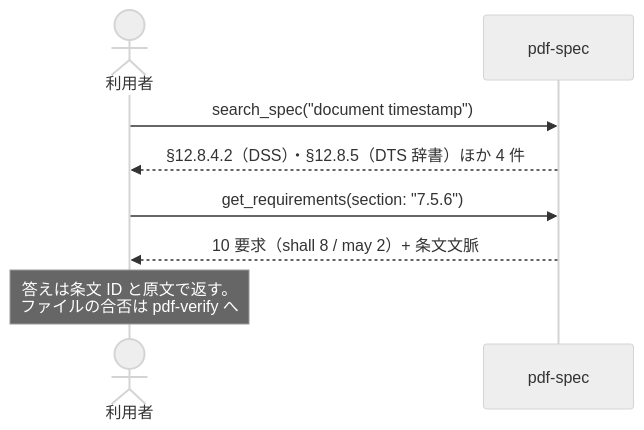
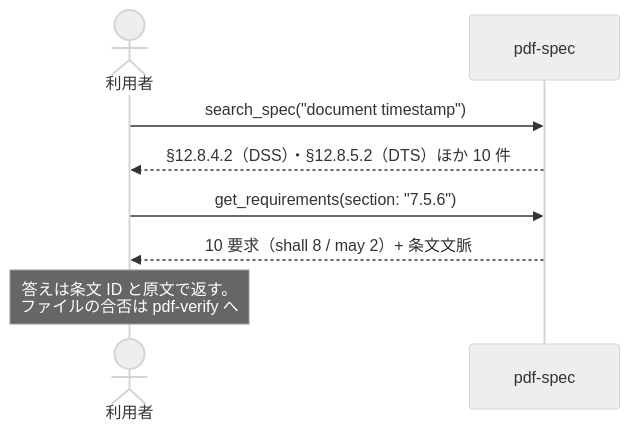
The diagram in site/docs/ja/use-cases/spec-research.md (shuji-bonji/pdf-agent-stack), drawn with Mermaid (neutral theme) before and after one commit. The commit also changed other lines of this file and 11 other files, not shown here.

````diff
--- a/site/docs/ja/use-cases/spec-research.md
+++ b/site/docs/ja/use-cases/spec-research.md
@@ -24,11 +24,11 @@
 ```mermaid
 sequenceDiagram
   actor U as 利用者
   participant S as pdf-spec
 
   U->>S: search_spec("document timestamp")
-  S-->>U: §12.8.4.2（DSS）・§12.8.5（DTS 辞書）ほか 4 件
+  S-->>U: §12.8.4.2（DSS）・§12.8.5.2（DTS）ほか 10 件
   U->>S: get_requirements(section: "7.5.6")
   S-->>U: 10 要求（shall 8 / may 2）+ 条文文脈
   Note over U: 答えは条文 ID と原文で返す。<br>ファイルの合否は pdf-verify へ
 ```
````
